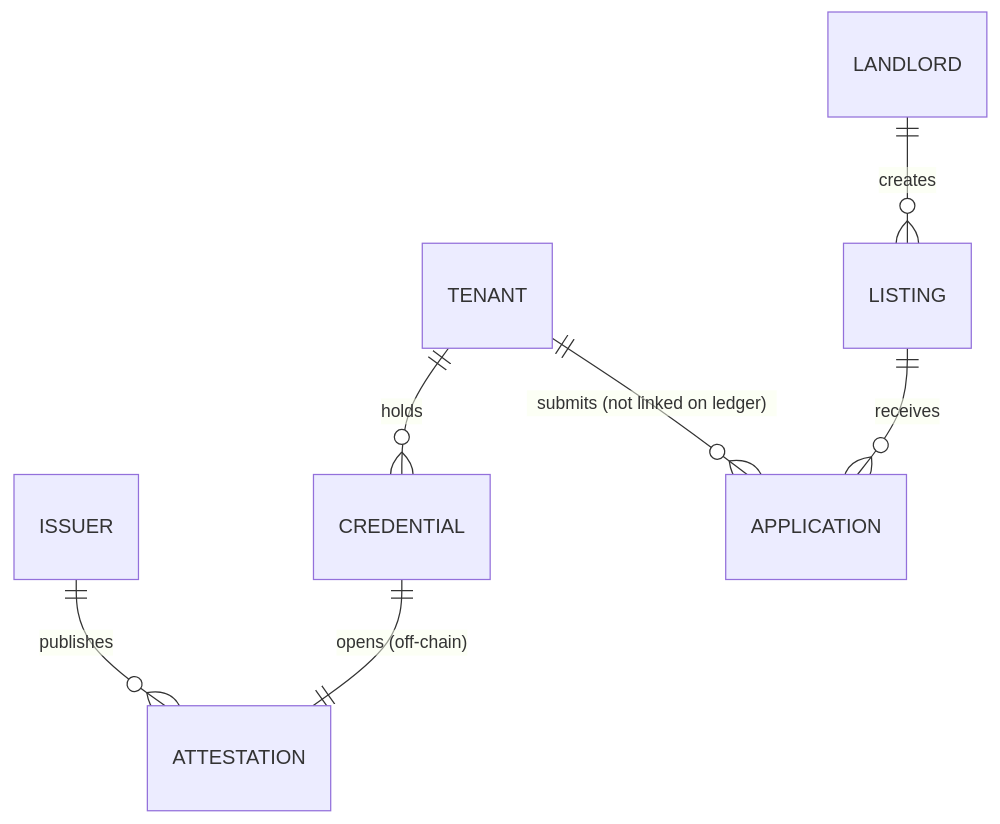
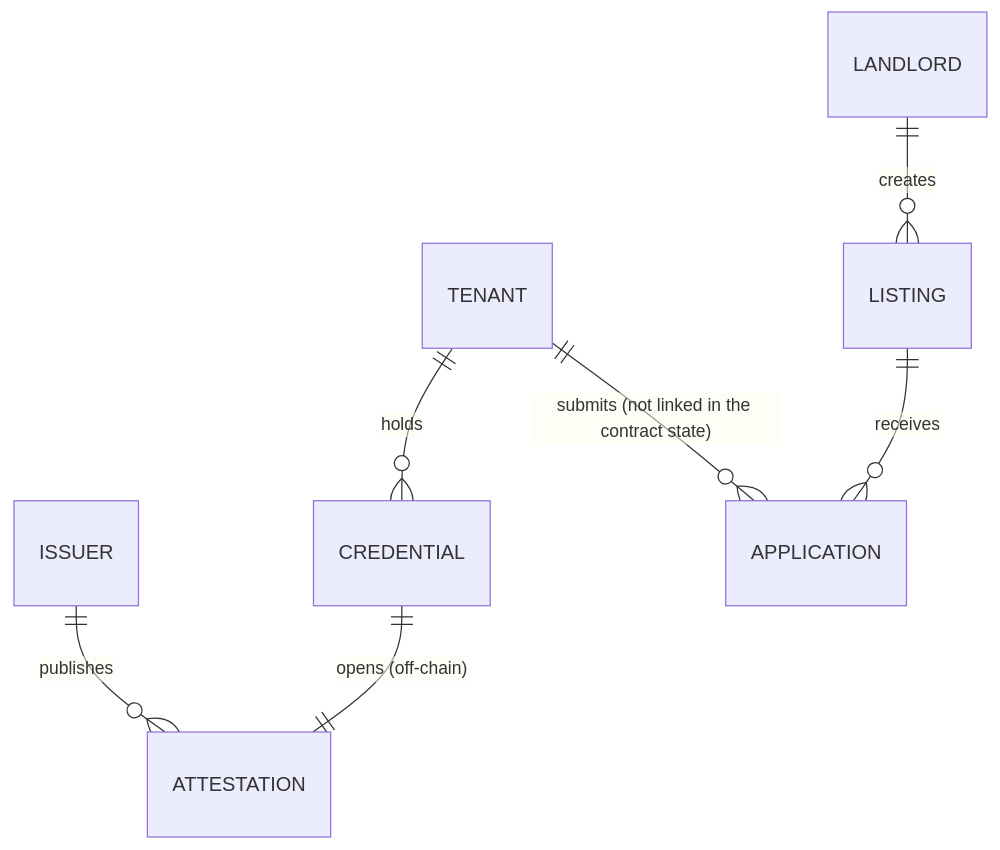
The diagram in docs/DATA_MODEL.md (sora200419/tenant-proof), drawn with Mermaid before and after one commit. The commit also changed other lines of this file and 21 other files, not shown here.

````diff
--- a/docs/DATA_MODEL.md
+++ b/docs/DATA_MODEL.md
@@ -21,9 +21,9 @@
 ```mermaid
 erDiagram
   ISSUER ||--o{ ATTESTATION : publishes
   TENANT ||--o{ CREDENTIAL : holds
   CREDENTIAL ||--|| ATTESTATION : "opens (off-chain)"
   LANDLORD ||--o{ LISTING : creates
   LISTING ||--o{ APPLICATION : receives
-  TENANT ||--o{ APPLICATION : "submits (not linked on ledger)"
+  TENANT ||--o{ APPLICATION : "submits (not linked in the contract state)"
 ```
````
